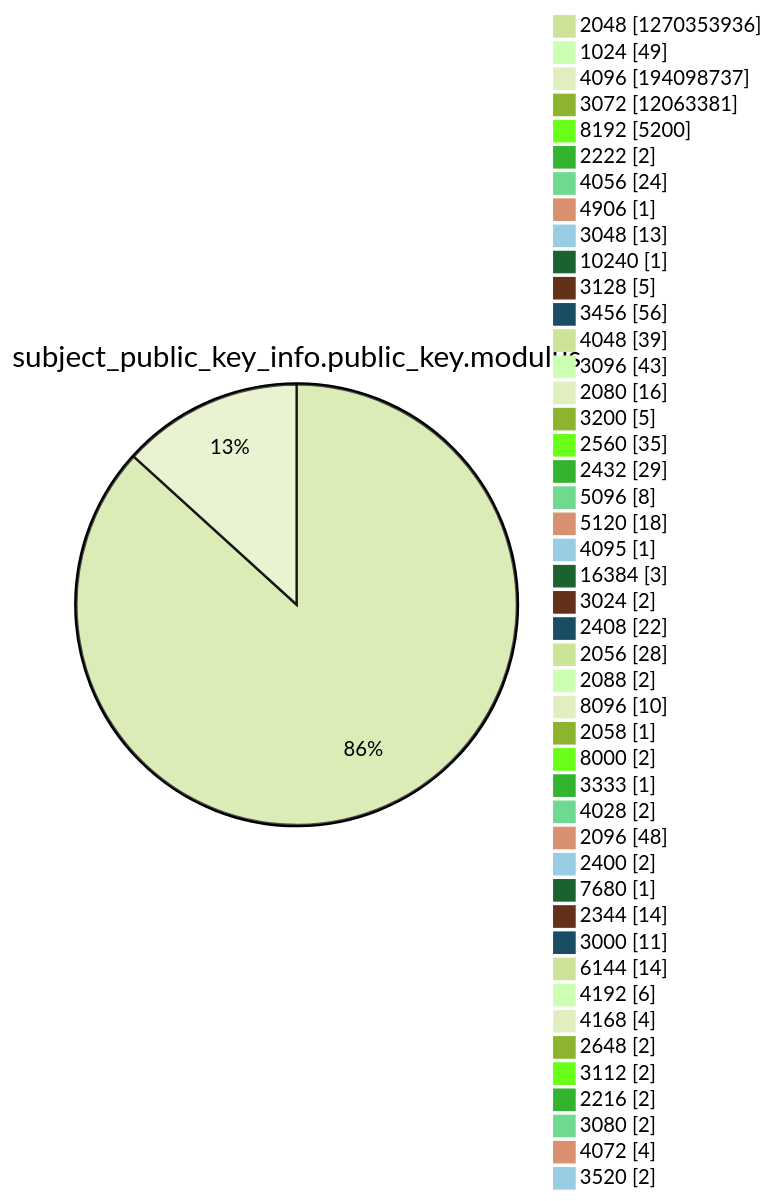
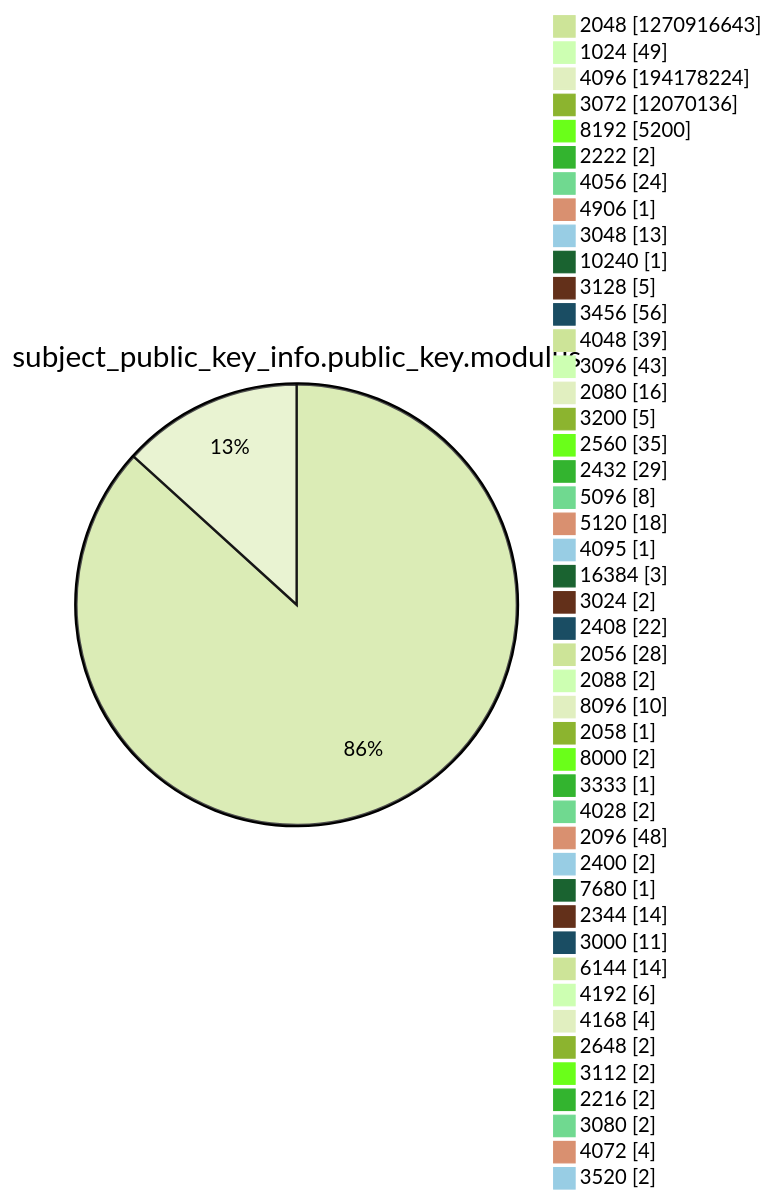
Before and after one commit to christiankrug/ctmonitor_visualization: diagram 13 of 15 in xenon2022/README.md, drawn with Mermaid (forest theme). The commit also changed other lines of this file, not shown here.

````diff
--- a/xenon2022/README.md
+++ b/xenon2022/README.md
@@ -3920,49 +3920,49 @@
 ```mermaid
 pie showData
 title subject_public_key_info.public_key.modulus
-"2048" :1270353936
+"2048" :1270916643
 "1024" :49
-"4096" :194098737
-"3072" :12063381
+"4096" :194178224
+"3072" :12070136
 "8192" :5200
 "2222" :2
 "4056" :24
 "4906" :1
 "3048" :13
 "10240" :1
 "3128" :5
 "3456" :56
 "4048" :39
 "3096" :43
 "2080" :16
 "3200" :5
 "2560" :35
 "2432" :29
 "5096" :8
 "5120" :18
 "4095" :1
 "16384" :3
 "3024" :2
 "2408" :22
 "2056" :28
 "2088" :2
 "8096" :10
 "2058" :1
 "8000" :2
 "3333" :1
 "4028" :2
 "2096" :48
 "2400" :2
 "7680" :1
 "2344" :14
 "3000" :11
 "6144" :14
 "4192" :6
 "4168" :4
 "2648" :2
 "3112" :2
 "2216" :2
 "3080" :2
 "4072" :4
 "3520" :2
 ```
````
